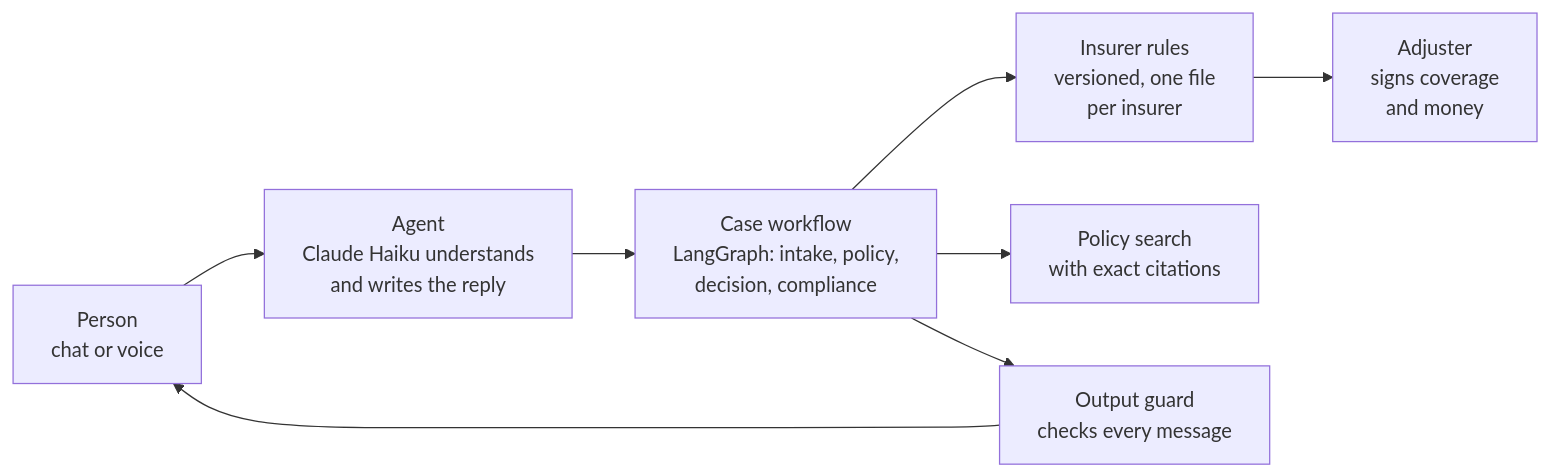
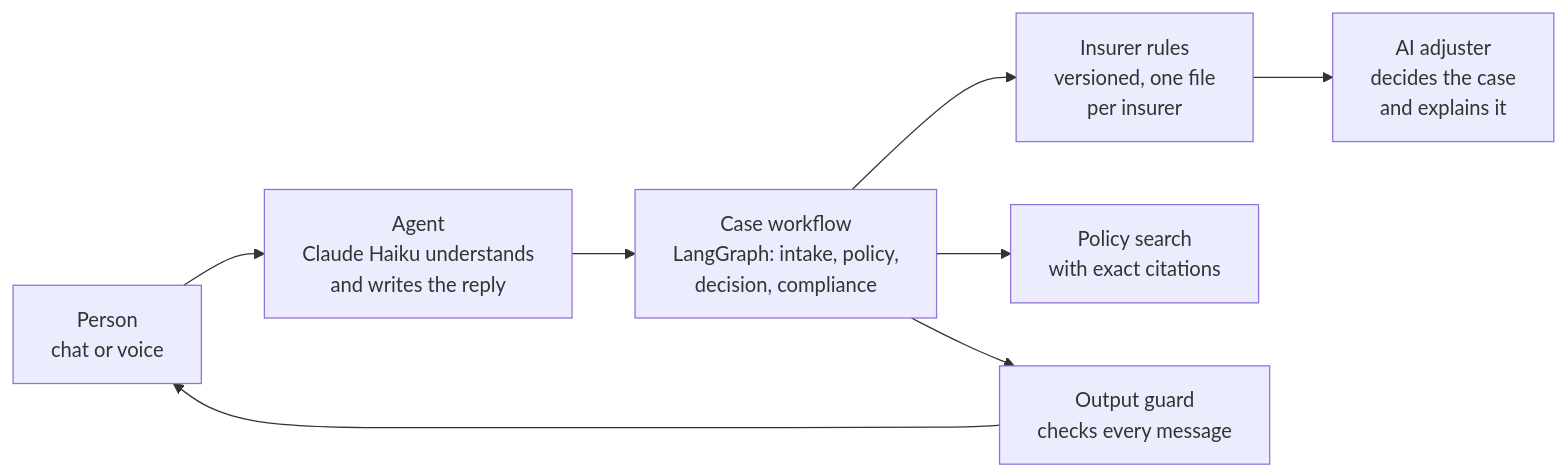
One commit to miguelczz/cautelia changed the diagram in README.md. Above: the diagram before and after it, drawn with Mermaid. The commit also changed other lines of this file and 26 other files, not shown here.

````diff
--- a/README.md
+++ b/README.md
@@ -71,10 +69,10 @@
 ```mermaid
 flowchart LR
   P["Person<br/>chat or voice"] --> A["Agent<br/>Claude Haiku understands<br/>and writes the reply"]
   A --> G["Case workflow<br/>LangGraph: intake, policy,<br/>decision, compliance"]
   G --> R["Insurer rules<br/>versioned, one file<br/>per insurer"]
   G --> C["Policy search<br/>with exact citations"]
-  R --> I["Adjuster<br/>signs coverage<br/>and money"]
+  R --> I["AI adjuster<br/>decides the case<br/>and explains it"]
   G --> O["Output guard<br/>checks every message"]
   O --> P
 ```
````
